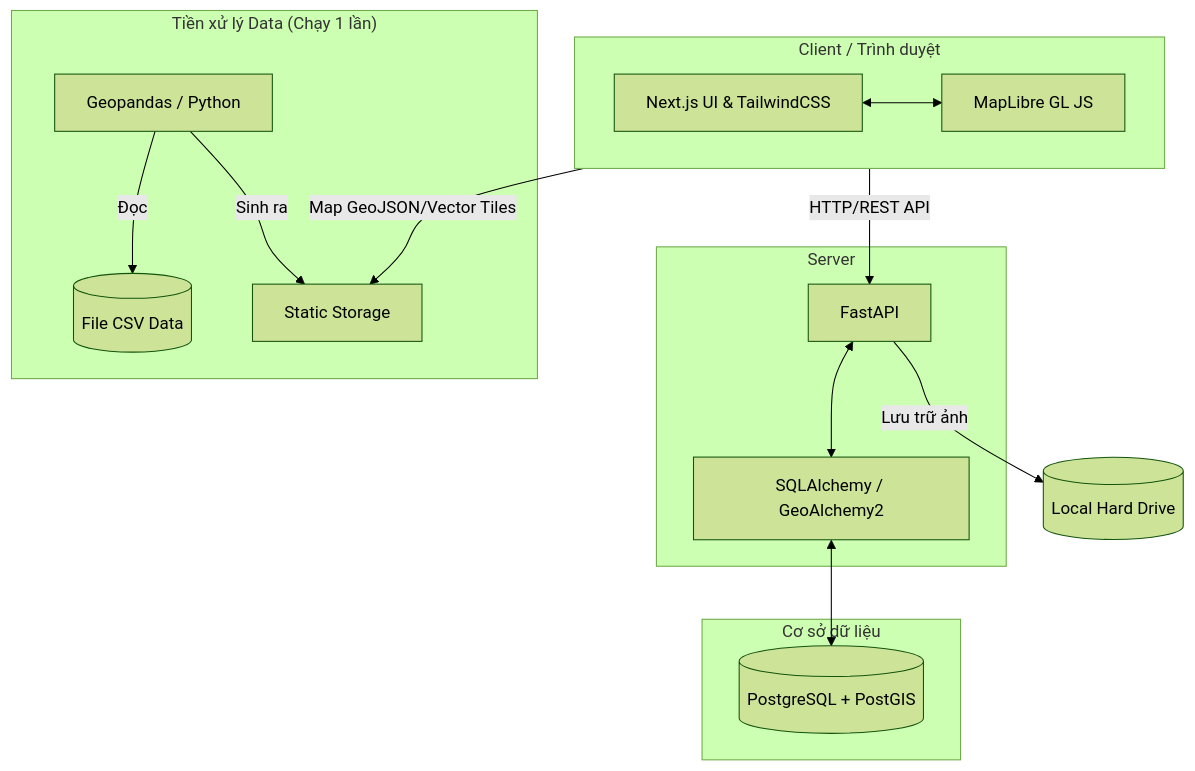
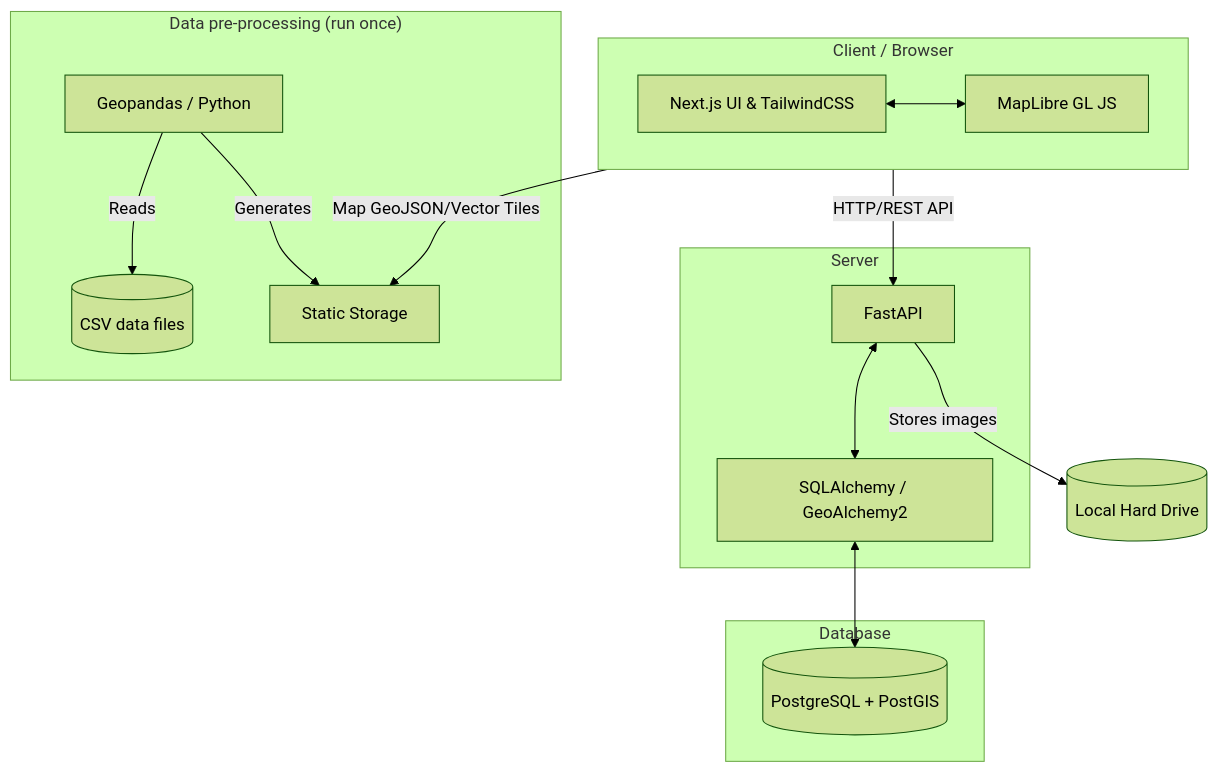
Before and after one commit to pdlong-09/vigil-green-gis: the diagram in docs/TRD_Architecture.md, drawn with Mermaid (forest theme). The commit also changed other lines of this file, not shown here.

First line of the commit message:
Translate the architecture document to English

````diff
--- a/docs/TRD_Architecture.md
+++ b/docs/TRD_Architecture.md
@@ -9,35 +9,35 @@
 ```mermaid
 graph TD
     %% Client Tier
-    subgraph Frontend [Client / Trình duyệt]
+    subgraph Frontend [Client / Browser]
         UI[Next.js UI & TailwindCSS]
         Map[MapLibre GL JS]
         UI <--> Map
     end
 
     %% Network
     Frontend -- HTTP/REST API --> API[Python Backend API]
     Frontend -- Map GeoJSON/Vector Tiles --> TileServer[Static Storage]
 
     %% Server Tier
     subgraph Backend [Server]
         API[FastAPI]
         ORM[SQLAlchemy / GeoAlchemy2]
         API <--> ORM
     end
 
     %% Data Tier
-    subgraph Database [Cơ sở dữ liệu]
+    subgraph Database [Database]
         DB[(PostgreSQL + PostGIS)]
     end
     
-    subgraph DataPipeline ["Tiền xử lý Data (Chạy 1 lần)"]
+    subgraph DataPipeline ["Data pre-processing (run once)"]
         ETL[Geopandas / Python]
-        CSV[(File CSV Data)]
-        ETL -- Đọc --> CSV
-        ETL -- Sinh ra --> TileServer
+        CSV[(CSV data files)]
+        ETL -- Reads --> CSV
+        ETL -- Generates --> TileServer
     end
 
     ORM <--> DB
-    API -- Lưu trữ ảnh --> Storage[(Local Hard Drive)]
+    API -- Stores images --> Storage[(Local Hard Drive)]
 ```
````
